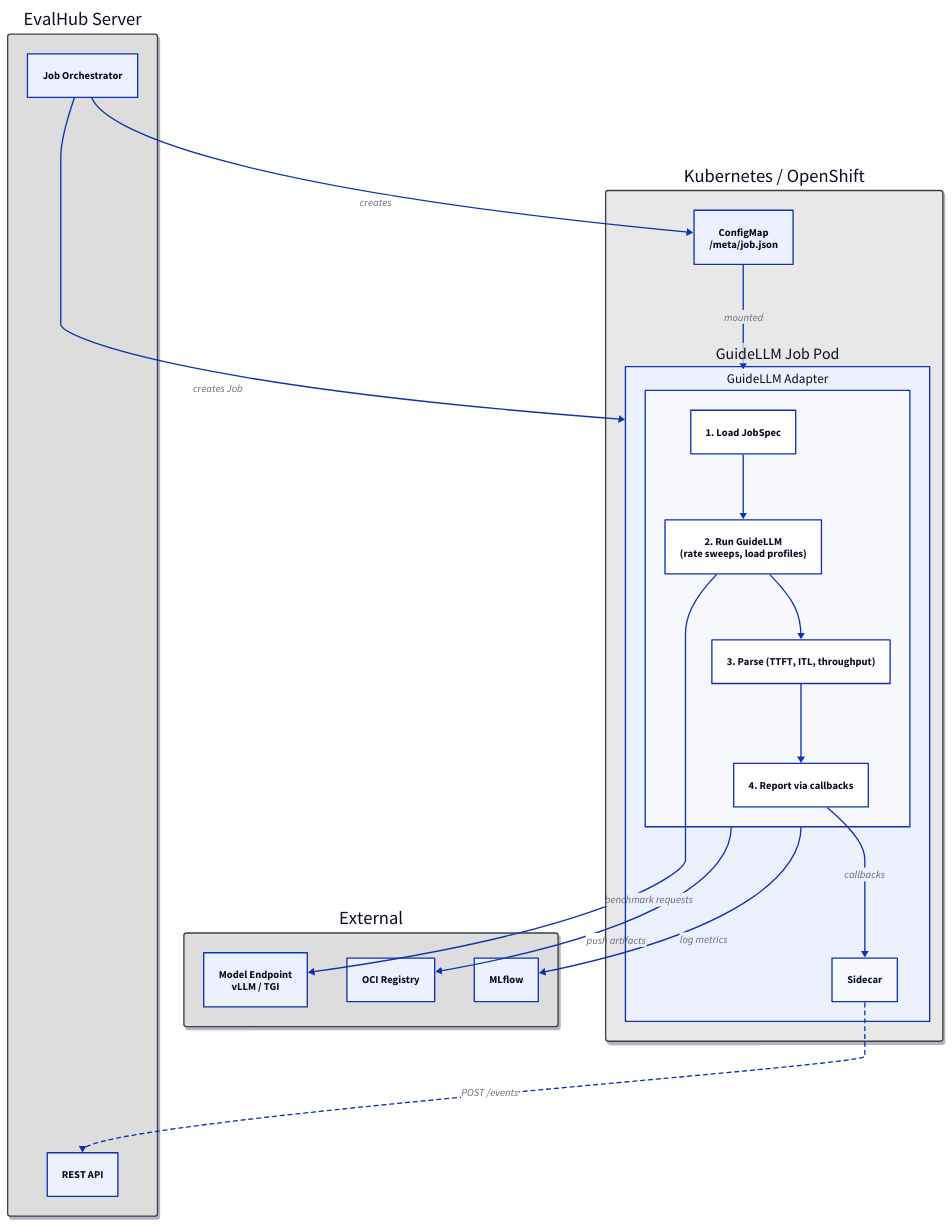
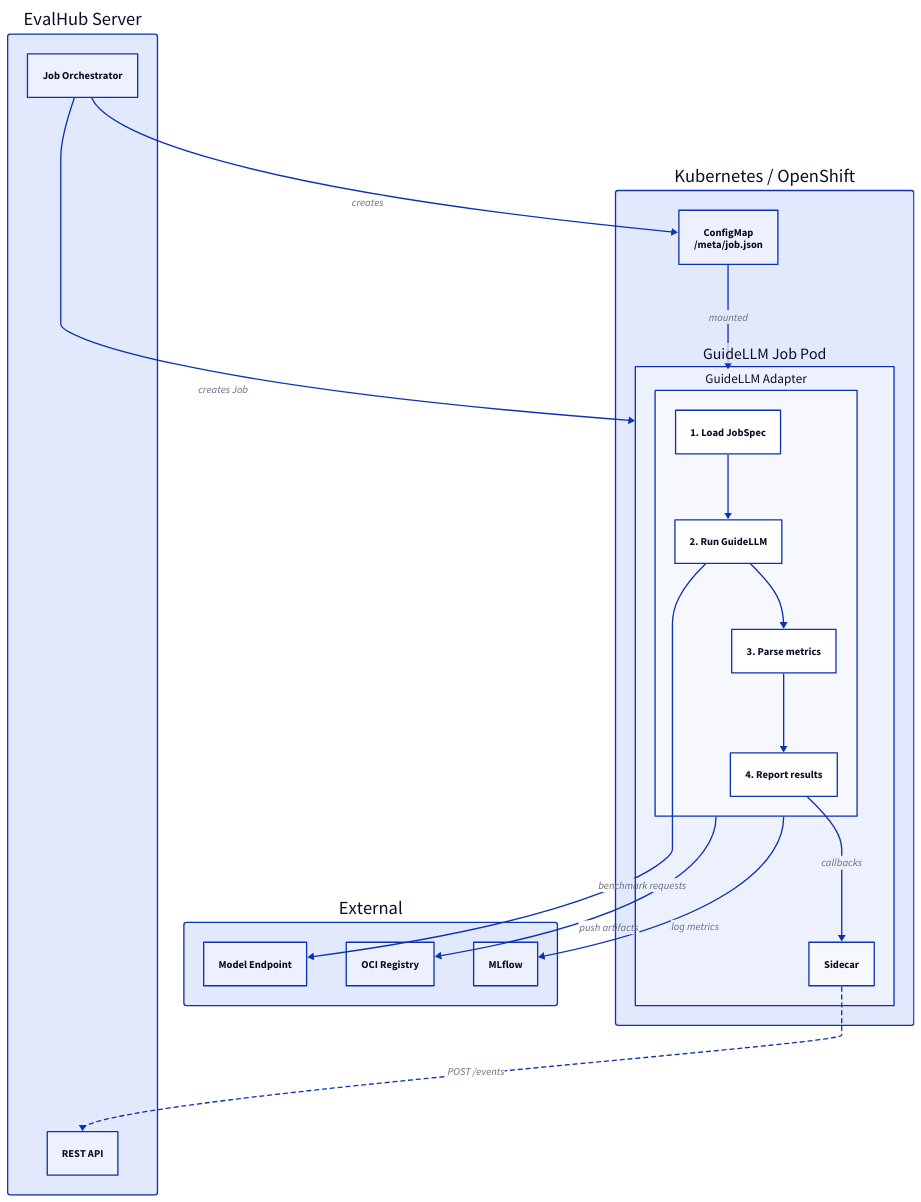
Before and after one commit to ruivieira/eval-hub.github.io: the diagram in diagrams/guidellm-architecture.d2, drawn with D2. The commit also changed 79 other files, not shown here.

```diff
--- a/diagrams/guidellm-architecture.d2
+++ b/diagrams/guidellm-architecture.d2
@@ -1,54 +1,46 @@
 # GuideLLM adapter architecture
 direction: down
 
-*.style.shadow: true
-*.style.stroke: "#404040"
-*.style.fill: "#f5f5f5"
 *.style.border-radius: 4
 
-evalhub: "EvalHub Server" {
-  style.fill: "#ddd"
+evalhub: EvalHub Server {
   direction: right
-  api: "REST API"
-  orch: "Job Orchestrator"
+  api: REST API
+  orch: Job Orchestrator
 }
 
 k8s: "Kubernetes / OpenShift" {
-  style.fill: "#e8e8e8"
   direction: right
-
   cm: "ConfigMap\n/meta/job.json"
-  pod: "GuideLLM Job Pod" {
-    adapter: "GuideLLM Adapter" {
+  pod: GuideLLM Job Pod {
+    adapter: GuideLLM Adapter {
       load: "1. Load JobSpec"
-      run: "2. Run GuideLLM\n(rate sweeps, load profiles)"
-      parse: "3. Parse (TTFT, ITL, throughput)"
-      report: "4. Report via callbacks"
+      run: "2. Run GuideLLM"
+      parse: "3. Parse metrics"
+      report: "4. Report results"
 
       load -> run
       run -> parse
       parse -> report
     }
     sidecar: Sidecar
   }
 }
 
 external: External {
-  style.fill: "#ddd"
   direction: right
-  model: "Model Endpoint\nvLLM / TGI"
-  oci: "OCI Registry"
+  model: Model Endpoint
+  oci: OCI Registry
   mlflow: MLflow
 }
 
-evalhub.orch -> k8s.cm: creates { style.border-radius: 8 }
-evalhub.orch -> k8s.pod: "creates Job" { style.border-radius: 8 }
-k8s.cm -> k8s.pod.adapter: mounted { style.border-radius: 8 }
-k8s.pod.adapter.run -> external.model: "benchmark requests" { style.border-radius: 8 }
-k8s.pod.adapter.report -> k8s.pod.sidecar: callbacks { style.border-radius: 8 }
+evalhub.orch -> k8s.cm: creates
+evalhub.orch -> k8s.pod: creates Job
+k8s.cm -> k8s.pod.adapter: mounted
+k8s.pod.adapter.run -> external.model: benchmark requests
+k8s.pod.adapter.report -> k8s.pod.sidecar: callbacks
 k8s.pod.sidecar -> evalhub.api: "POST /events" {
   style.stroke-dash: 3
-  style.border-radius: 8
 }
-k8s.pod.adapter -> external.oci: "push artifacts" { style.border-radius: 8 }
-k8s.pod.adapter -> external.mlflow: "log metrics" { style.border-radius: 8 }
+k8s.pod.adapter -> external.oci: push artifacts
+k8s.pod.adapter -> external.mlflow: log metrics
```
